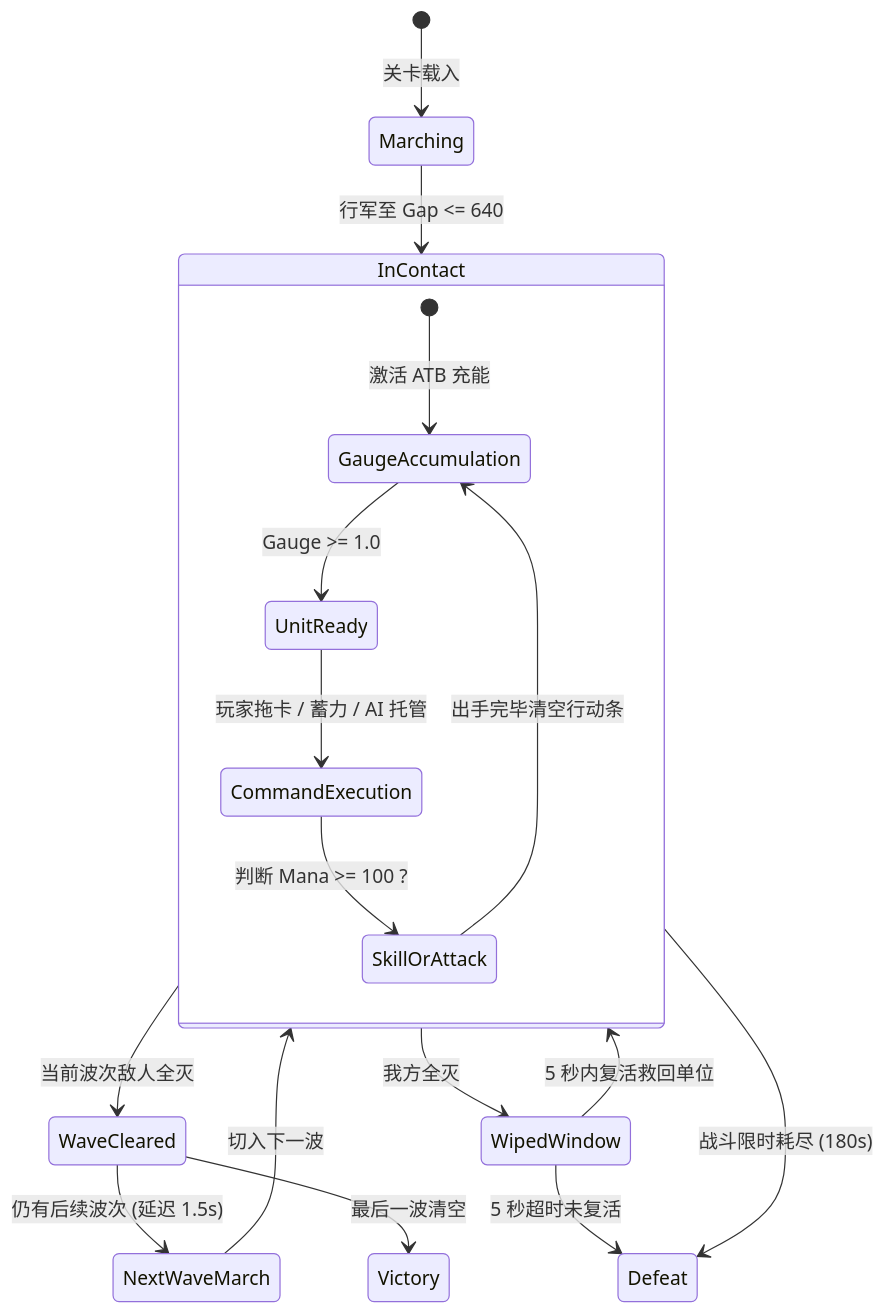
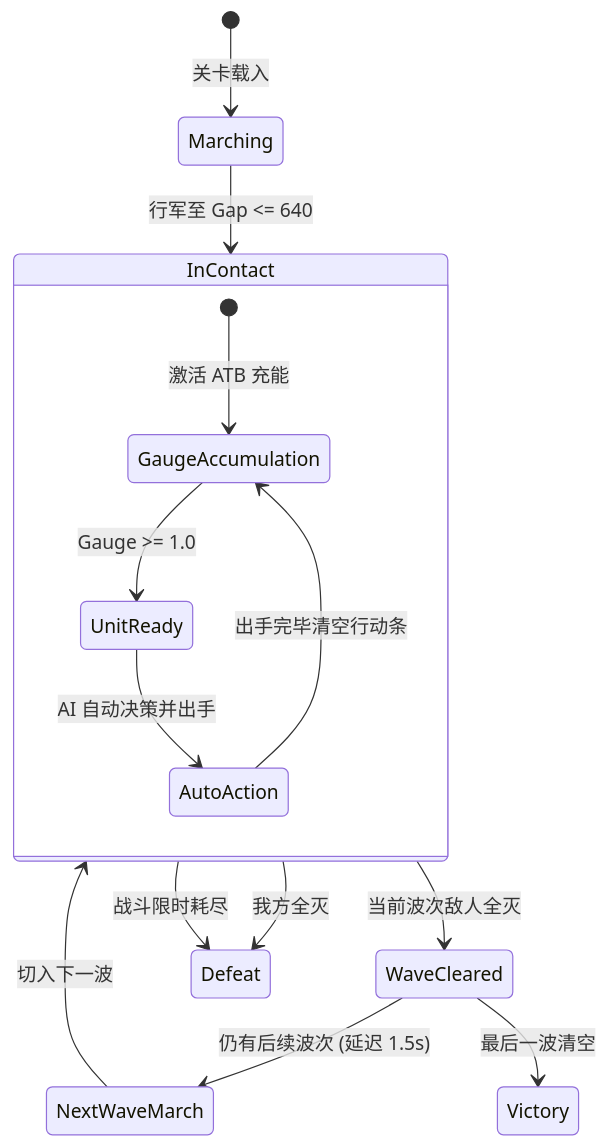
Before and after one commit to dyh1127alqj/GameAndLLM: the diagram in Docs/BATTLE_CORE.md, drawn with Mermaid. The commit also changed other lines of this file and 7 other files, not shown here.

````diff
--- a/Docs/BATTLE_CORE.md
+++ b/Docs/BATTLE_CORE.md
@@ -199,24 +207,20 @@
 ```mermaid
 stateDiagram-v2
     [*] --> Marching: 关卡载入
     Marching --> InContact: 行军至 Gap <= 640
 
     state InContact {
         [*] --> GaugeAccumulation: 激活 ATB 充能
         GaugeAccumulation --> UnitReady: Gauge >= 1.0
-        UnitReady --> CommandExecution: 玩家拖卡 / 蓄力 / AI 托管
-        CommandExecution --> SkillOrAttack: 判断 Mana >= 100 ?
-        SkillOrAttack --> GaugeAccumulation: 出手完毕清空行动条
+        UnitReady --> AutoAction: AI 自动决策并出手
+        AutoAction --> GaugeAccumulation: 出手完毕清空行动条
     }
 
     InContact --> WaveCleared: 当前波次敌人全灭
     WaveCleared --> NextWaveMarch: 仍有后续波次 (延迟 1.5s)
     NextWaveMarch --> InContact: 切入下一波
 
-    InContact --> WipedWindow: 我方全灭
-    WipedWindow --> InContact: 5 秒内复活救回单位
-    WipedWindow --> Defeat: 5 秒超时未复活
-
     WaveCleared --> Victory: 最后一波清空
-    InContact --> Defeat: 战斗限时耗尽 (180s)
+    InContact --> Defeat: 我方全灭
+    InContact --> Defeat: 战斗限时耗尽
 ```
````
